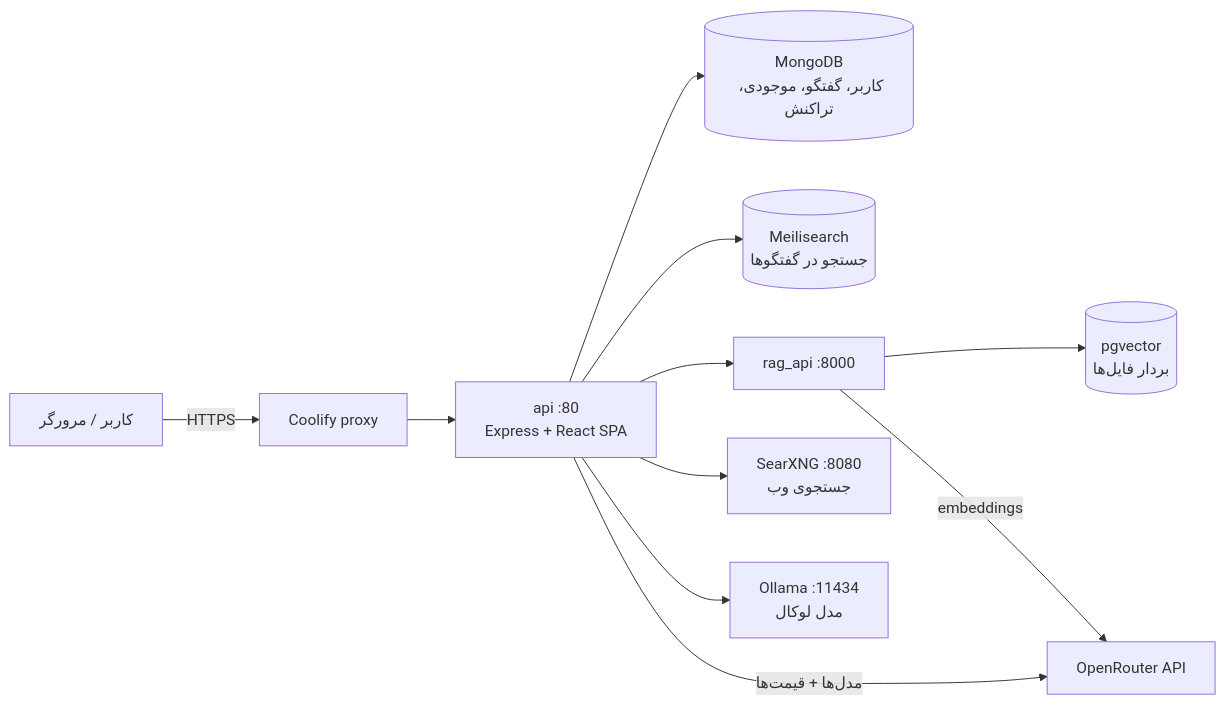
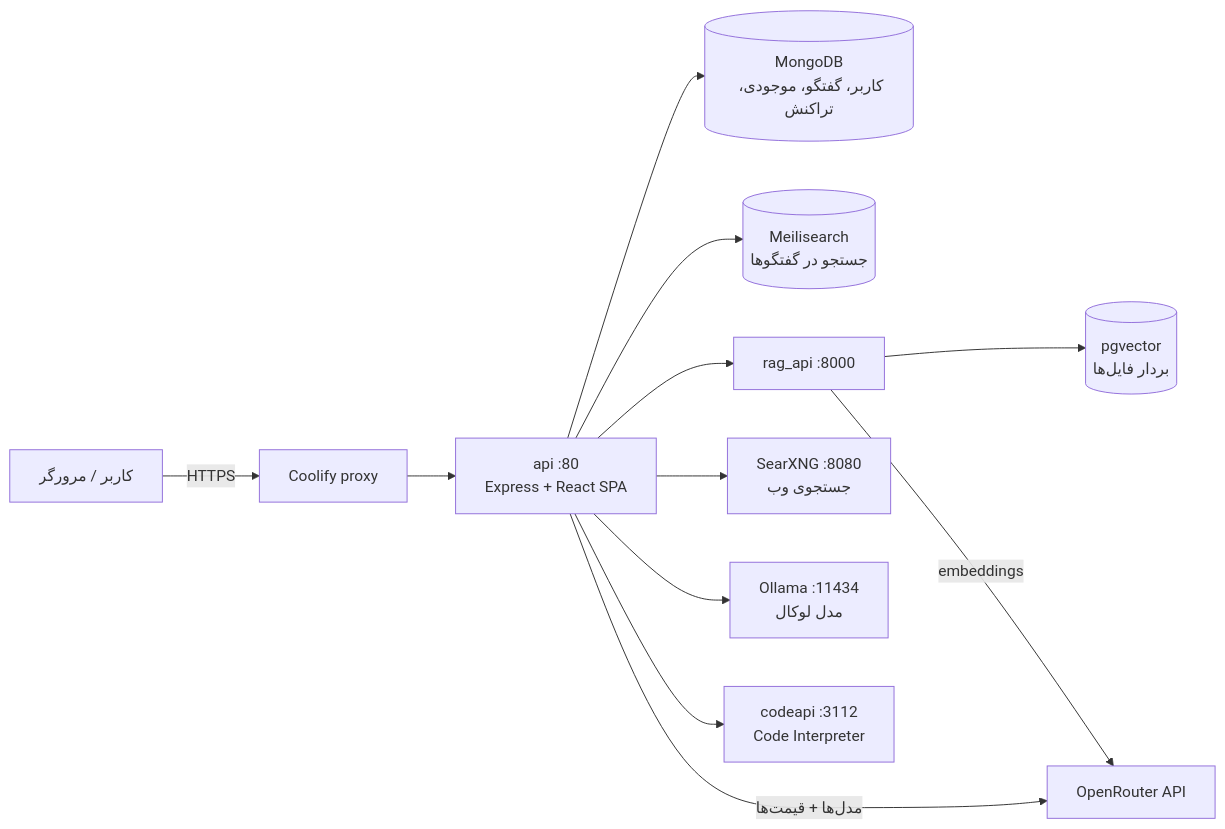
One commit to ast2019/LibreChat-MCP-RAG changed the diagram in docs/saas/SOFTWARE_MAP.md. Above: the diagram before and after it, drawn with Mermaid. The commit also changed other lines of this file and 15 other files, not shown here.

First line of the commit message:
feat: Code Interpreter + Attached VM path (v0.35–0.36) (#61)

````diff
--- a/docs/saas/SOFTWARE_MAP.md
+++ b/docs/saas/SOFTWARE_MAP.md
@@ -9,12 +9,13 @@
 ```mermaid
 flowchart LR
   U[کاربر / مرورگر] -->|HTTPS| P[Coolify proxy]
   P --> API["api :80<br/>Express + React SPA"]
   API --> M[(MongoDB<br/>کاربر، گفتگو، موجودی، تراکنش)]
   API --> MS[(Meilisearch<br/>جستجو در گفتگوها)]
   API --> R[rag_api :8000] --> V[(pgvector<br/>بردار فایل‌ها)]
   API --> S[SearXNG :8080<br/>جستجوی وب]
   API --> OL[Ollama :11434<br/>مدل لوکال]
+  API --> CI[codeapi :3112<br/>Code Interpreter]
   API -->|مدل‌ها + قیمت‌ها| OR[OpenRouter API]
   R -->|embeddings| OR
 ```
````
